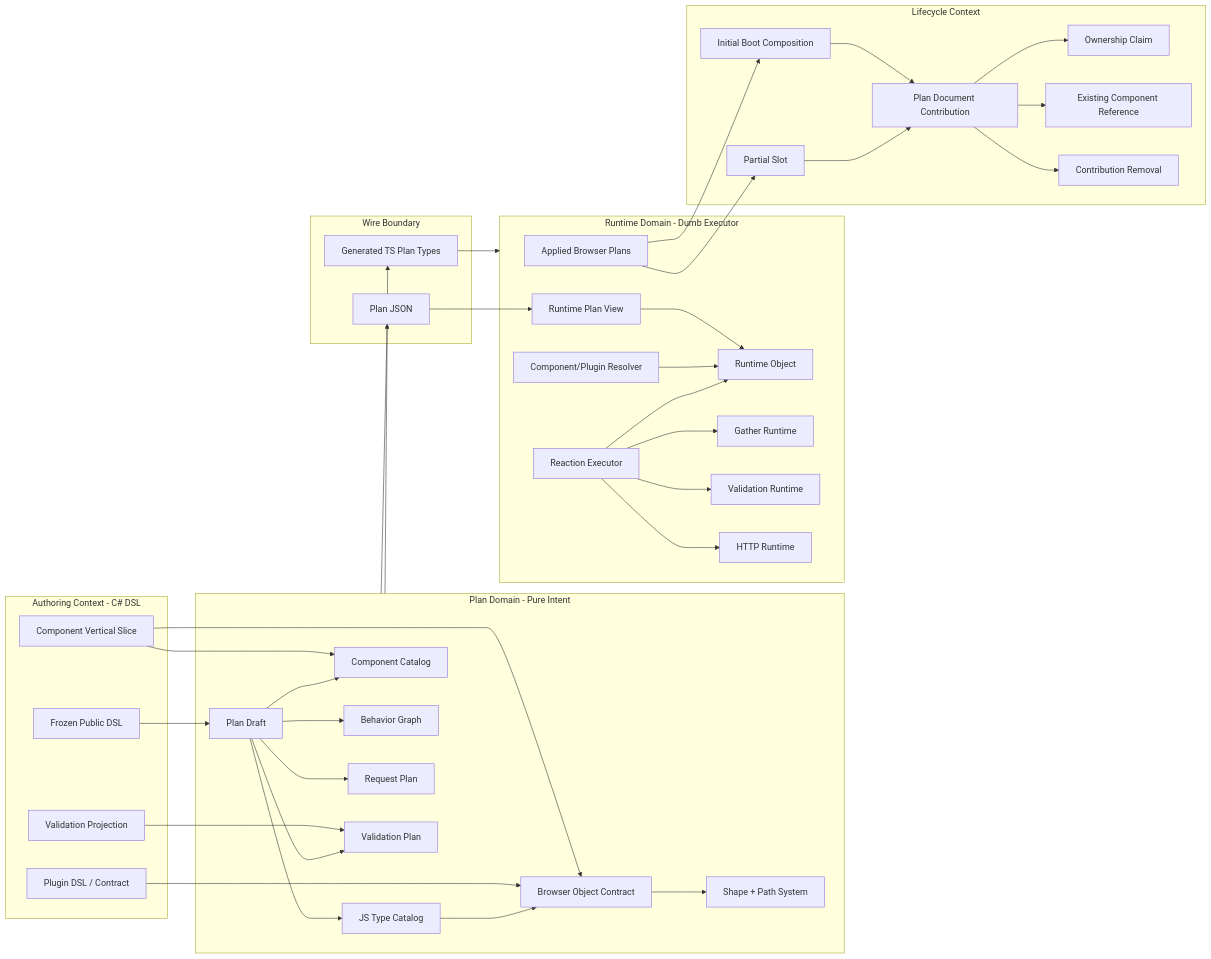
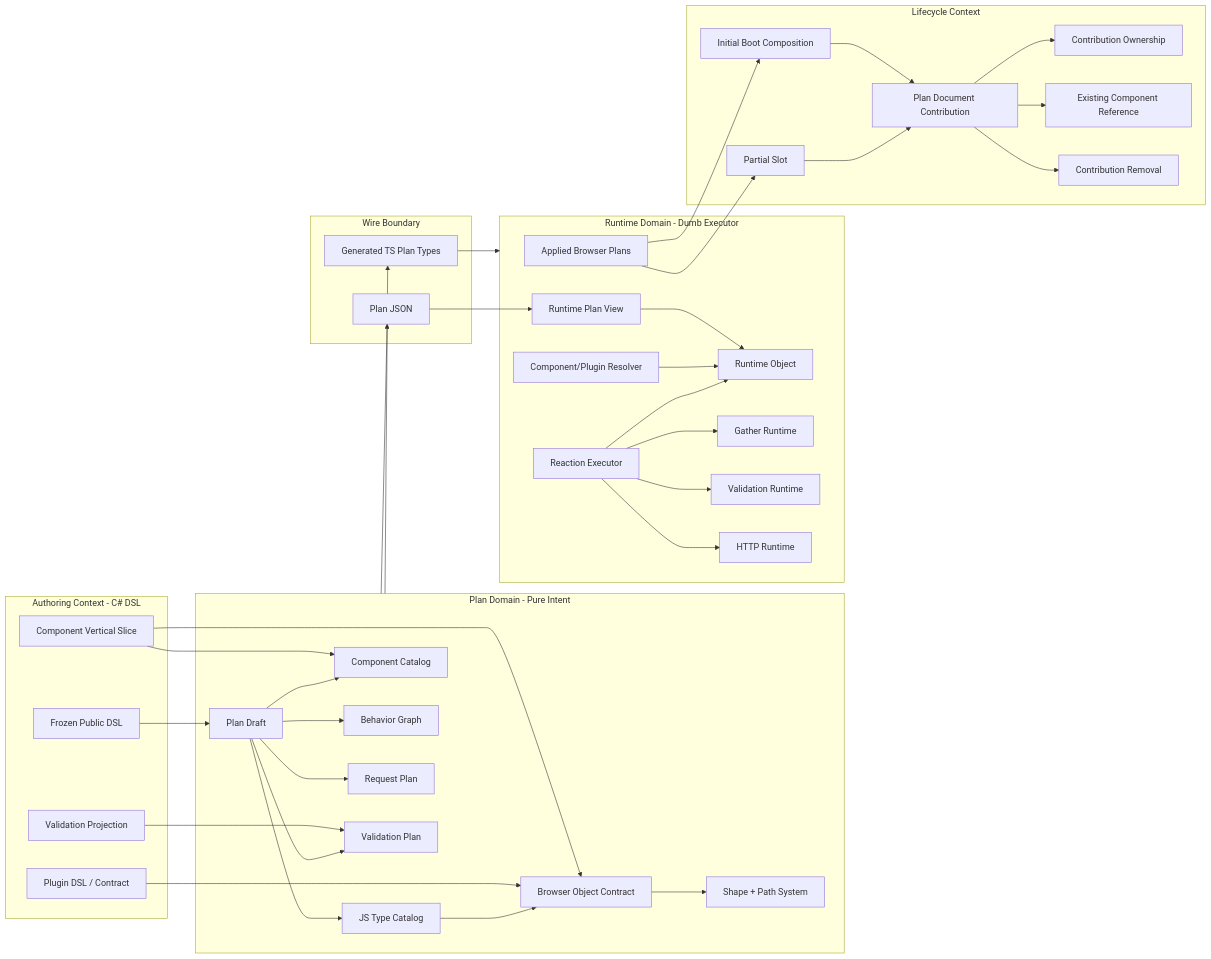
Before and after one commit to marafiq/alis-reactive: the second of 5 diagrams in docs/reactive-plan-domain-language.md, drawn with Mermaid. The commit also changed other lines of this file and 32 other files, not shown here.

````diff
--- a/docs/reactive-plan-domain-language.md
+++ b/docs/reactive-plan-domain-language.md
@@ -88,79 +88,79 @@
 ```mermaid
 flowchart LR
     subgraph Authoring["Authoring Context - C# DSL"]
         DSL["Frozen Public DSL"]
         Slice["Component Vertical Slice"]
         PluginDsl["Plugin DSL / Contract"]
         ValidationDsl["Validation Projection"]
     end
 
     subgraph PlanDomain["Plan Domain - Pure Intent"]
         Draft["Plan Draft"]
         ObjectContract["Browser Object Contract"]
         TypeCatalog["JS Type Catalog"]
         ComponentCatalog["Component Catalog"]
         BehaviorGraph["Behavior Graph"]
         RequestPlan["Request Plan"]
         ValidationPlan["Validation Plan"]
         ShapeSystem["Shape + Path System"]
     end
 
     subgraph Wire["Wire Boundary"]
         GeneratedTs["Generated TS Plan Types"]
         Json["Plan JSON"]
     end
 
     subgraph RuntimeDomain["Runtime Domain - Dumb Executor"]
         AppliedPlans["Applied Browser Plans"]
         RuntimePlan["Runtime Plan View"]
         RuntimeObject["Runtime Object"]
         Resolver["Component/Plugin Resolver"]
         Executor["Reaction Executor"]
         Gather["Gather Runtime"]
         Validator["Validation Runtime"]
         Transport["HTTP Runtime"]
     end
 
     subgraph Lifecycle["Lifecycle Context"]
         Boot["Initial Boot Composition"]
         Slot["Partial Slot"]
         Contribution["Plan Document Contribution"]
-        Ownership["Ownership Claim"]
+    Ownership["Contribution Ownership"]
         Reference["Existing Component Reference"]
         Unload["Contribution Removal"]
     end
 
     DSL --> Draft
     Slice --> ComponentCatalog
     Slice --> ObjectContract
     PluginDsl --> ObjectContract
     ValidationDsl --> ValidationPlan
 
     Draft --> TypeCatalog
     Draft --> ComponentCatalog
     Draft --> BehaviorGraph
     Draft --> RequestPlan
     Draft --> ValidationPlan
     ObjectContract --> ShapeSystem
     TypeCatalog --> ObjectContract
 
     PlanDomain --> Json
     PlanDomain --> GeneratedTs
     GeneratedTs --> RuntimeDomain
     Json --> RuntimePlan
 
     RuntimePlan --> RuntimeObject
     Resolver --> RuntimeObject
     Executor --> RuntimeObject
     Executor --> Gather
     Executor --> Validator
     Executor --> Transport
 
     Boot --> Contribution
     Slot --> Contribution
     Contribution --> Ownership
     Contribution --> Reference
     Contribution --> Unload
     AppliedPlans --> Boot
     AppliedPlans --> Slot
 ```
````
